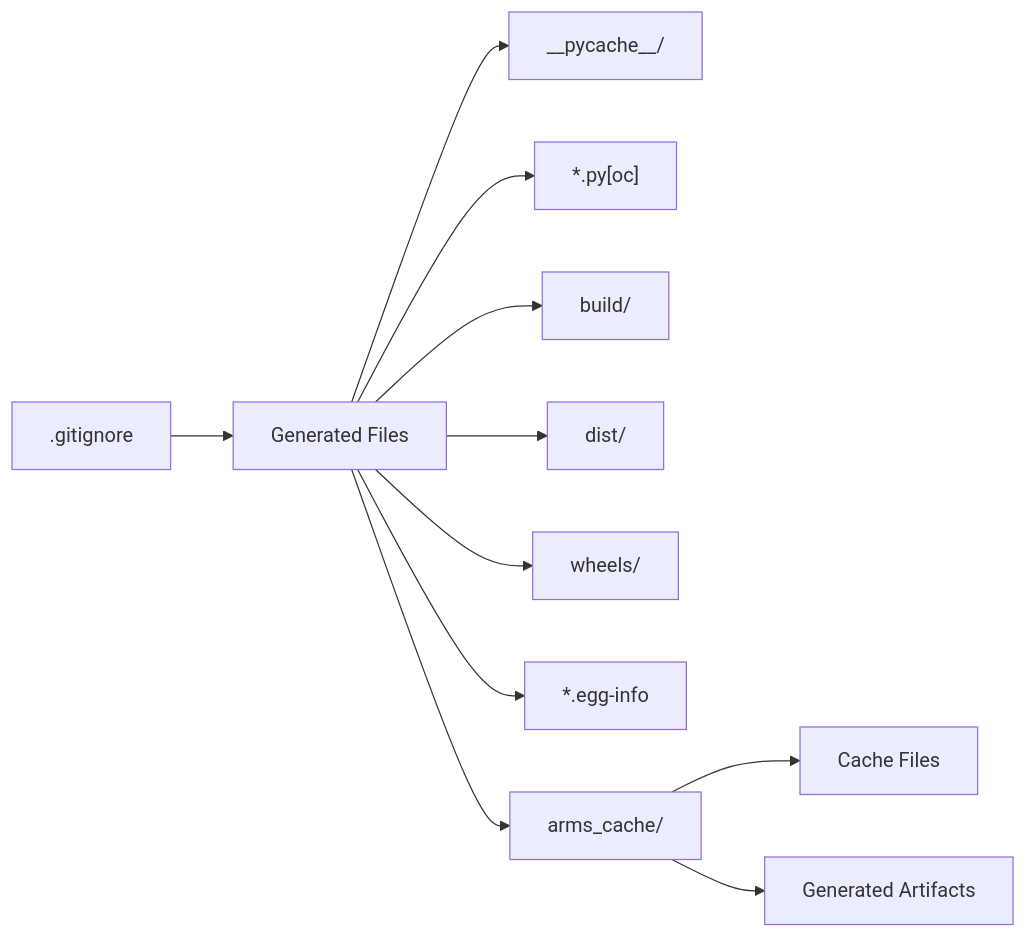
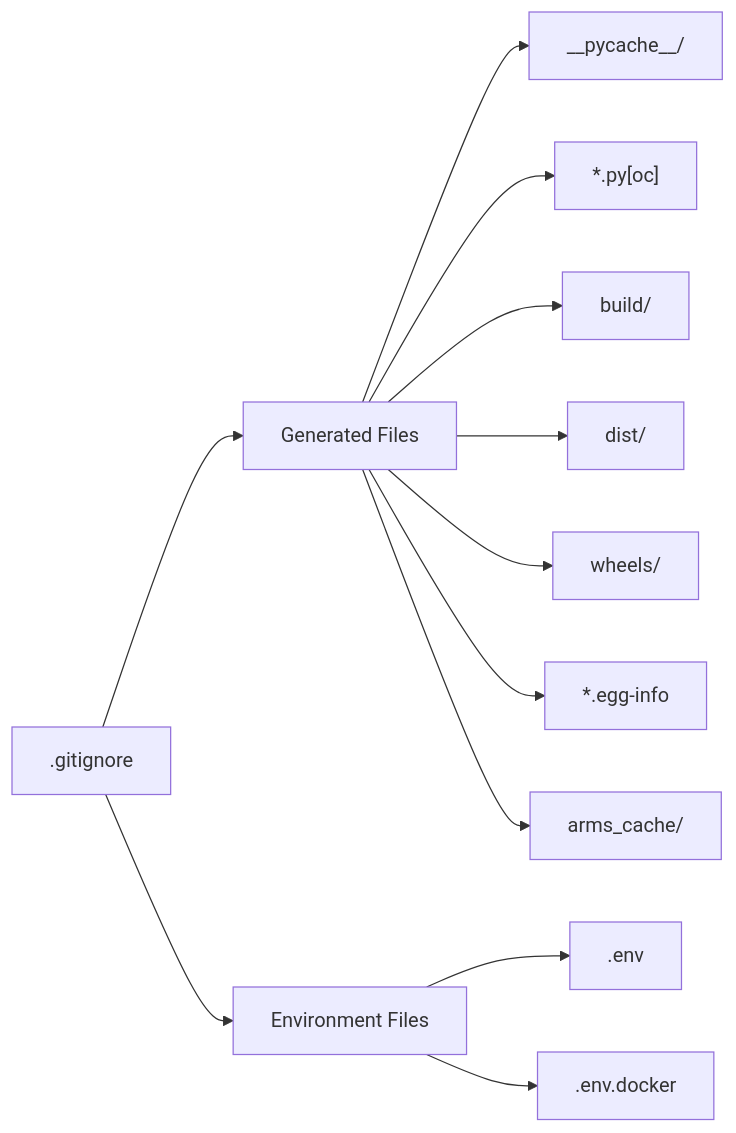
Before and after one commit to srikant-panda/auth-service: the fifth of 5 diagrams in .qoder/repowiki/en/content/Core Concepts/Configuration Management.md, drawn with Mermaid. The commit also changed other lines of this file and 6 other files, not shown here.

````diff
--- a/.qoder/repowiki/en/content/Core Concepts/Configuration Management.md
+++ b/.qoder/repowiki/en/content/Core Concepts/Configuration Management.md
@@ -172,13 +287,14 @@
 ```mermaid
 graph LR
 A[".gitignore"] --> B["Generated Files"]
 B --> C["__pycache__/"]
 B --> D["*.py[oc]"]
 B --> E["build/"]
 B --> F["dist/"]
 B --> G["wheels/"]
 B --> H["*.egg-info"]
 B --> I["arms_cache/"]
-I --> J["Cache Files"]
-I --> K["Generated Artifacts"]
+A --> J["Environment Files"]
+J --> K[".env"]
+J --> L[".env.docker"]
 ```
````
